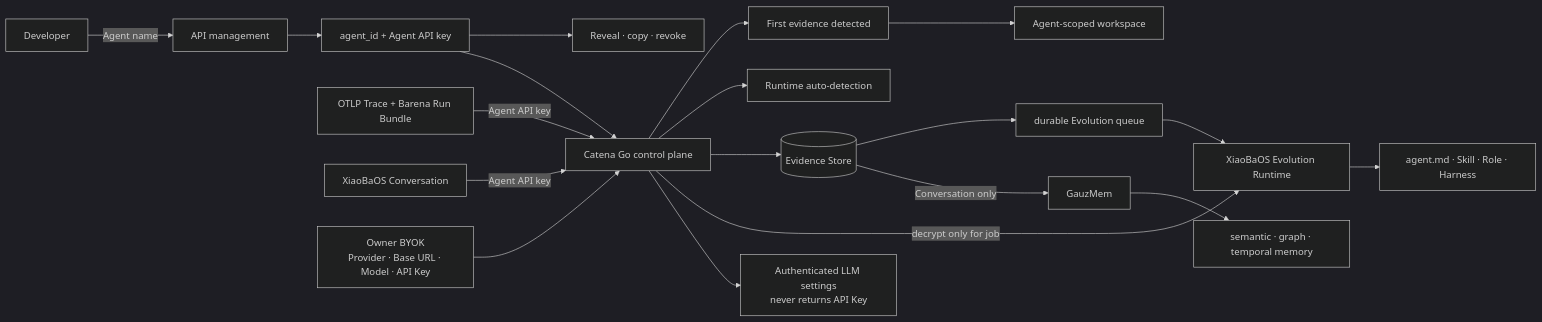
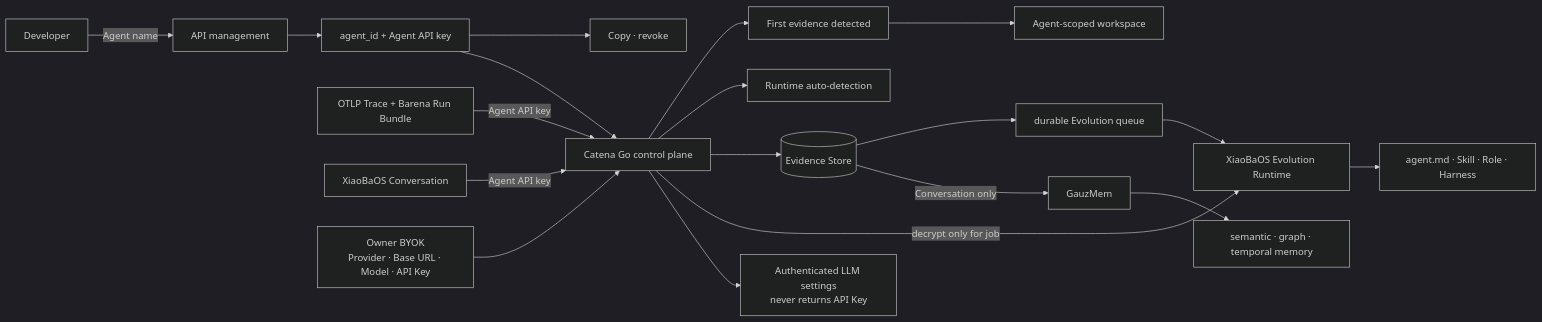
One commit to fightheyyy/CATENA changed the second of 2 diagrams in SPEC.md. Above: the diagram before and after it, drawn with Mermaid (dark theme). The commit also changed other lines of this file and 5 other files, not shown here.

````diff
--- a/SPEC.md
+++ b/SPEC.md
@@ -55,21 +55,21 @@
 ```mermaid
 flowchart LR
     Developer["Developer"] -->|"Agent name"| Keys["API management"]
     Keys --> Binding["agent_id + Agent API key"]
-    Binding --> Manage["Reveal · copy · revoke"]
+    Binding --> Manage["Copy · revoke"]
     Trace["OTLP Trace + Barena Run Bundle"] -->|"Agent API key"| Core["Catena Go control plane"]
     Conversation["XiaoBaOS Conversation"] -->|"Agent API key"| Core
     Binding --> Core
     Core --> Status["First evidence detected"]
     Status --> Workspace["Agent-scoped workspace"]
     Core --> Detect["Runtime auto-detection"]
     Core --> Evidence[("Evidence Store")]
     Evidence --> Queue["durable Evolution queue"]
     Owner["Owner BYOK<br/>Provider · Base URL · Model · API Key"] --> Core
     Core -->|"decrypt only for job"| Runtime
     Queue --> Runtime["XiaoBaOS Evolution Runtime"]
     Runtime --> Assets["agent.md · Skill · Role · Harness"]
     Core --> ModelStatus["Authenticated LLM settings<br/>never returns API Key"]
     Evidence -->|"Conversation only"| GauzMem["GauzMem"]
     GauzMem --> Memory["semantic · graph · temporal memory"]
 ```
````
